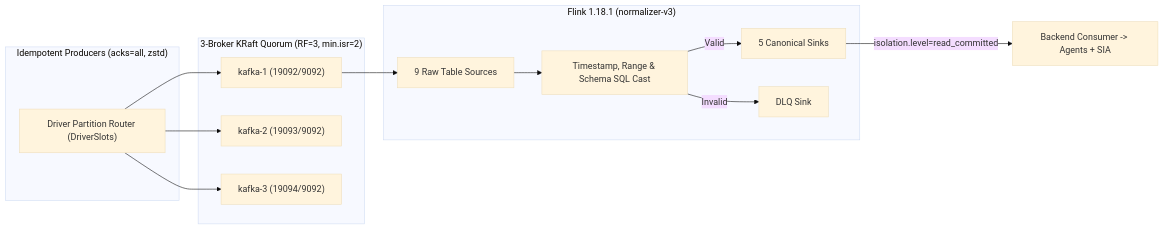
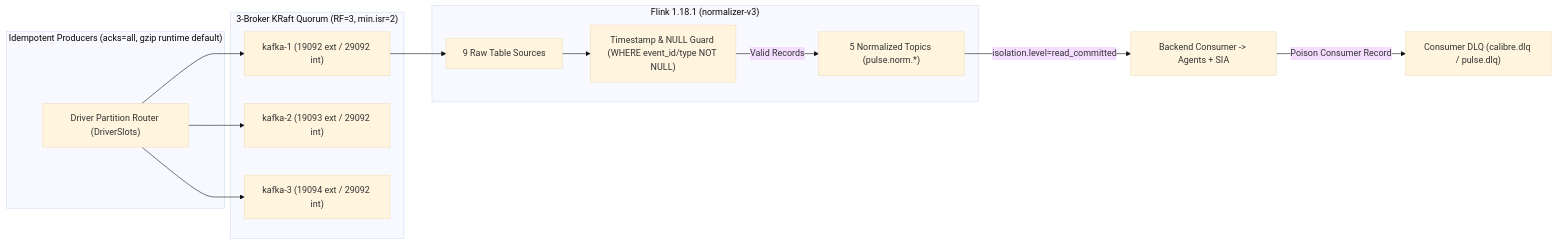
Before and after one commit to ChiragHariprasad/Caliberv2: the diagram in docs/architecture/KAFKA_ARCHITECTURE.md, drawn with Mermaid (base theme). The commit also changed other lines of this file and 11 other files, not shown here.

````diff
--- a/docs/architecture/KAFKA_ARCHITECTURE.md
+++ b/docs/architecture/KAFKA_ARCHITECTURE.md
@@ -15,19 +15,19 @@
 ```mermaid
 flowchart LR
-    subgraph Producers["Idempotent Producers (acks=all, zstd)"]
+    subgraph Producers["Idempotent Producers (acks=all, gzip runtime default)"]
         P1["Driver Partition Router (DriverSlots)"]
     end
     subgraph Brokers["3-Broker KRaft Quorum (RF=3, min.isr=2)"]
-        B1["kafka-1 (19092/9092)"]
-        B2["kafka-2 (19093/9092)"]
-        B3["kafka-3 (19094/9092)"]
+        B1["kafka-1 (19092 ext / 29092 int)"]
+        B2["kafka-2 (19093 ext / 29092 int)"]
+        B3["kafka-3 (19094 ext / 29092 int)"]
     end
     subgraph FlinkJob["Flink 1.18.1 (normalizer-v3)"]
-        SRC["9 Raw Table Sources"] --> VAL["Timestamp, Range & Schema SQL Cast"]
-        VAL -->|"Valid"| SNK["5 Canonical Sinks"]
-        VAL -->|"Invalid"| DLQS["DLQ Sink"]
+        SRC["9 Raw Table Sources"] --> VAL["Timestamp & NULL Guard (WHERE event_id/type NOT NULL)"]
+        VAL -->|"Valid Records"| SNK["5 Normalized Topics (pulse.norm.*)"]
     end
     P1 --> B1 & B2 & B3
     B1 --> SRC
     SNK -->|"isolation.level=read_committed"| CONS["Backend Consumer -> Agents + SIA"]
+    CONS -->|"Poison Consumer Record"| DLQS["Consumer DLQ (calibre.dlq / pulse.dlq)"]
 ```
````
